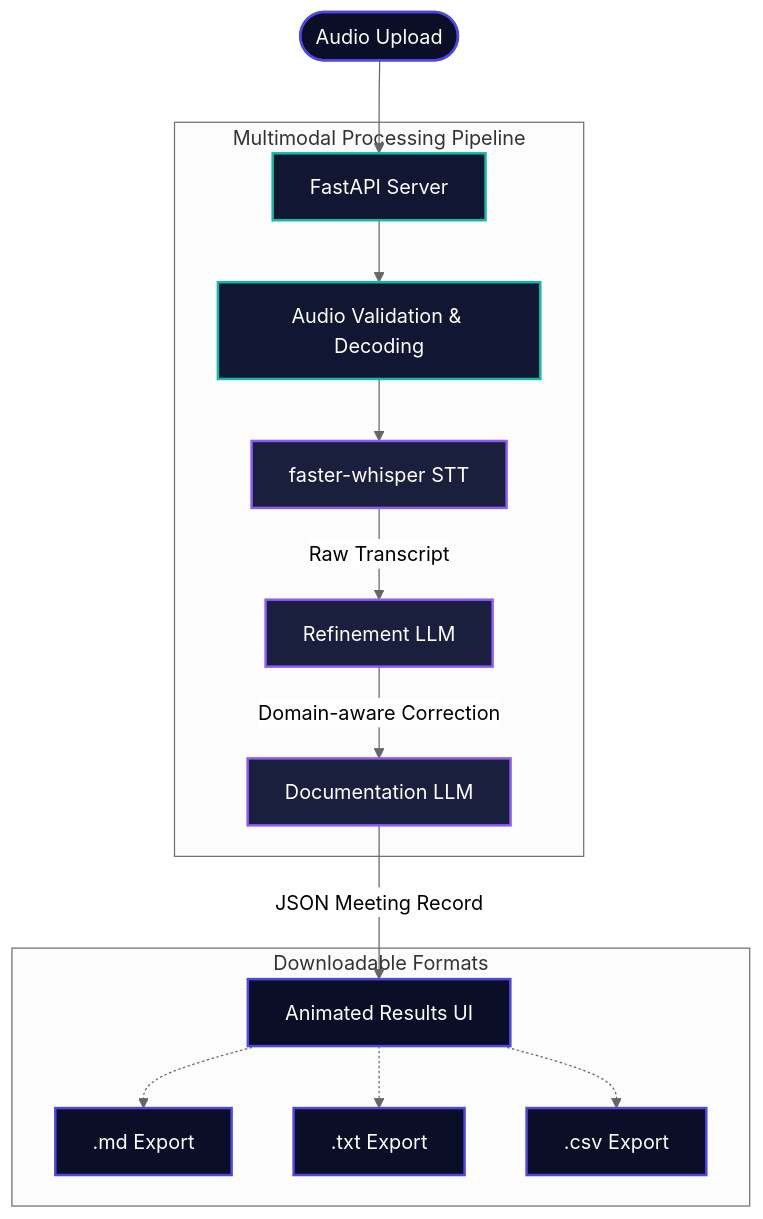
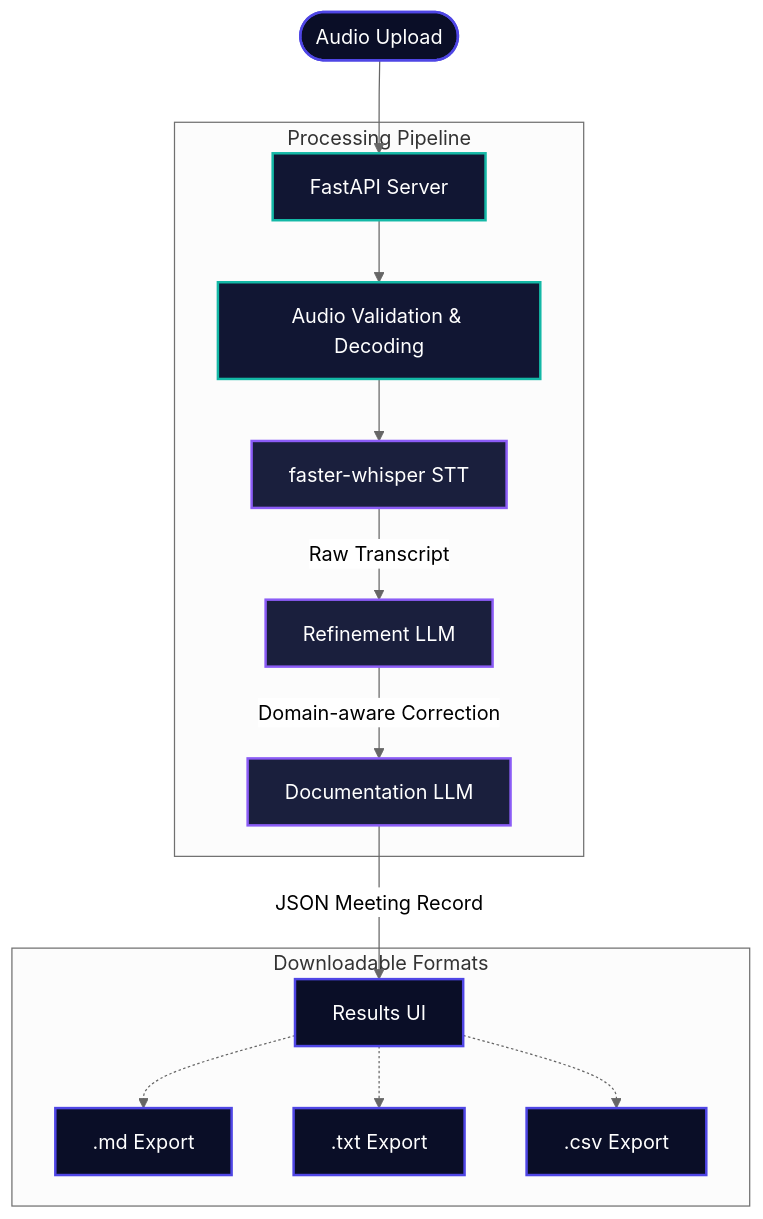
One commit to prakashkumariitg/NovaAI changed the diagram in README.md. Above: the diagram before and after it, drawn with Mermaid (neutral theme). The commit also changed other lines of this file and 1 other file, not shown here.

````diff
--- a/README.md
+++ b/README.md
@@ -19,27 +19,27 @@
 ```mermaid
 flowchart TD
     classDef frontend fill:#0A0E27,stroke:#4F46E5,stroke-width:2px,color:#fff;
     classDef backend fill:#111633,stroke:#14B8A6,stroke-width:2px,color:#fff;
     classDef model fill:#1A1F3D,stroke:#8B5CF6,stroke-width:2px,color:#fff;
 
     Upload([Audio Upload]) --> API[FastAPI Server]
     
-    subgraph Pipeline [Multimodal Processing Pipeline]
+    subgraph Pipeline [Processing Pipeline]
         API --> A[Audio Validation & Decoding]
         A --> STT[faster-whisper STT]
         STT -- Raw Transcript --> REF[Refinement LLM]
         REF -- Domain-aware Correction --> DOC[Documentation LLM]
     end
 
-    DOC -- JSON Meeting Record --> UI[Animated Results UI]
+    DOC -- JSON Meeting Record --> UI[Results UI]
     
     subgraph Outputs [Downloadable Formats]
         UI -.-> MD[.md Export]
         UI -.-> TXT[.txt Export]
         UI -.-> CSV[.csv Export]
     end
 
     class Upload,UI,MD,TXT,CSV frontend;
     class API,A backend;
     class STT,REF,DOC model;
 ```
````
